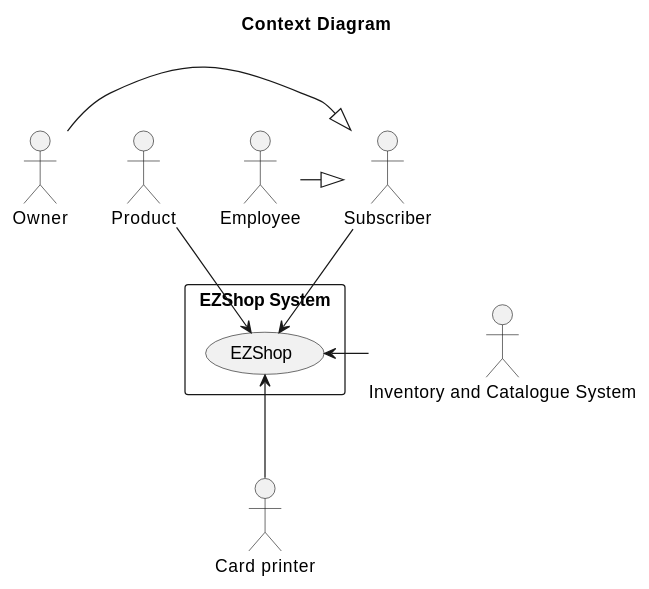
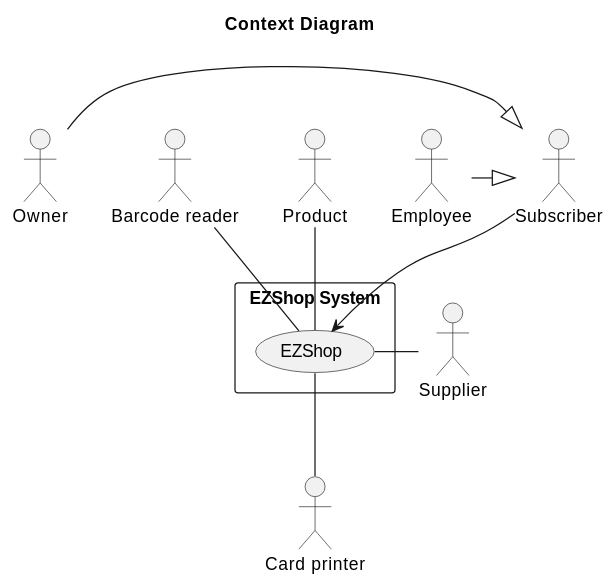
Before and after one commit to nicolabattaglino/ezshop: the first of 4 diagrams in Deliverables/RequirementsDocument.md, drawn with PlantUML.

Commit message:
Update RequirementsDocument.md edit contex DIagram

````diff
--- a/Deliverables/RequirementsDocument.md
+++ b/Deliverables/RequirementsDocument.md
@@ -51,27 +51,28 @@
 ```plantuml
 @startuml
 
 
 title Context Diagram
 
 
 actor Owner
-
+actor :Barcode reader: as barcodeReader
 actor Product
 actor Subscriber
 actor Employee
 actor :Card printer: as cardPrinter
-actor :Inventory and Catalogue System: as IandCS
+actor :Supplier: as supplier
 rectangle "EZShop System" as EZShopSystem{
 (EZShop)
 }
 Subscriber --> EZShop
 Owner -|> Subscriber
 Employee -|>Subscriber
-Product --> EZShop
-EZShop <-- cardPrinter
-IandCS -> EZShop
+Product -- EZShop
+EZShop -- cardPrinter
+supplier - EZShop
+barcodeReader -- EZShop
 
 
 @enduml
 ```
````
